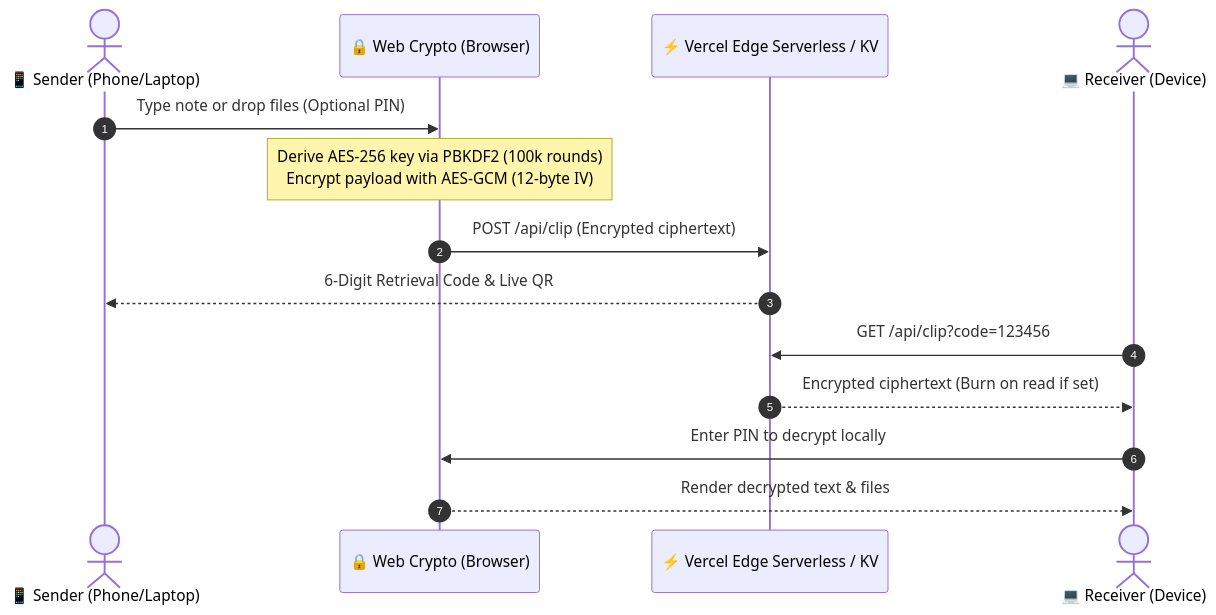
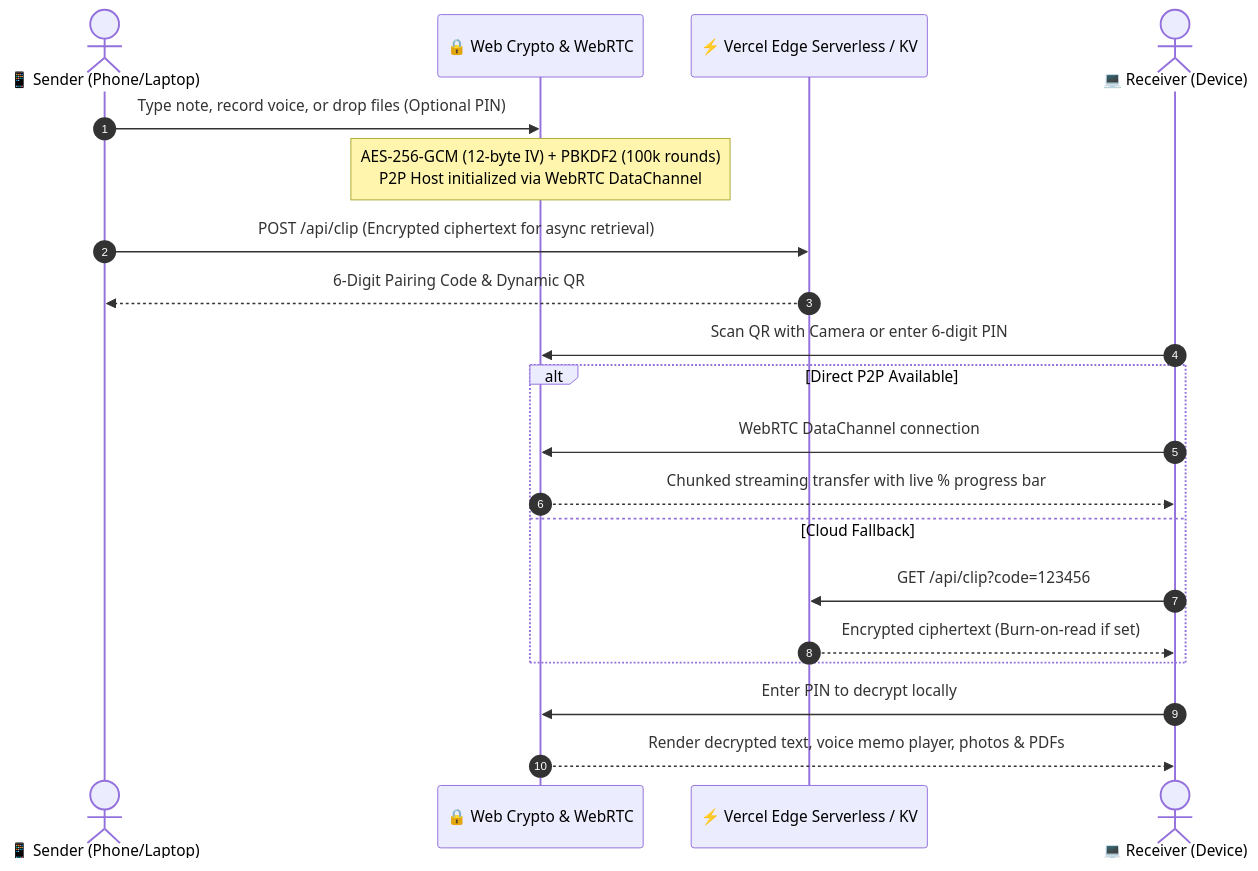
One commit to TanmayNileshShinde/clip-sync-pro changed the diagram in README.md. Above: the diagram before and after it, drawn with Mermaid. The commit also changed other lines of this file and 13 other files, not shown here.

First line of the commit message:
feat(production): add WebRTC streaming, QR scanner, voice memos, and PDF studio

````diff
--- a/README.md
+++ b/README.md
@@ -20,17 +21,23 @@
 ```mermaid
 sequenceDiagram
     autonumber
     actor Sender as 📱 Sender (Phone/Laptop)
-    participant ClientCrypto as 🔒 Web Crypto (Browser)
+    participant ClientCrypto as 🔒 Web Crypto & WebRTC
     participant Edge as ⚡ Vercel Edge Serverless / KV
     actor Receiver as 💻 Receiver (Device)
 
-    Sender->>ClientCrypto: Type note or drop files (Optional PIN)
-    Note over ClientCrypto: Derive AES-256 key via PBKDF2 (100k rounds)<br/>Encrypt payload with AES-GCM (12-byte IV)
-    ClientCrypto->>Edge: POST /api/clip (Encrypted ciphertext)
-    Edge-->>Sender: 6-Digit Retrieval Code & Live QR
-    Receiver->>Edge: GET /api/clip?code=123456
-    Edge-->>Receiver: Encrypted ciphertext (Burn on read if set)
+    Sender->>ClientCrypto: Type note, record voice, or drop files (Optional PIN)
+    Note over ClientCrypto: AES-256-GCM (12-byte IV) + PBKDF2 (100k rounds)<br/>P2P Host initialized via WebRTC DataChannel
+    Sender->>Edge: POST /api/clip (Encrypted ciphertext for async retrieval)
+    Edge-->>Sender: 6-Digit Pairing Code & Dynamic QR
+    Receiver->>ClientCrypto: Scan QR with Camera or enter 6-digit PIN
+    alt Direct P2P Available
+        Receiver->>ClientCrypto: WebRTC DataChannel connection
+        ClientCrypto-->>Receiver: Chunked streaming transfer with live % progress bar
+    else Cloud Fallback
+        Receiver->>Edge: GET /api/clip?code=123456
+        Edge-->>Receiver: Encrypted ciphertext (Burn-on-read if set)
+    end
     Receiver->>ClientCrypto: Enter PIN to decrypt locally
-    ClientCrypto-->>Receiver: Render decrypted text & files
+    ClientCrypto-->>Receiver: Render decrypted text, voice memo player, photos & PDFs
 ```
````
